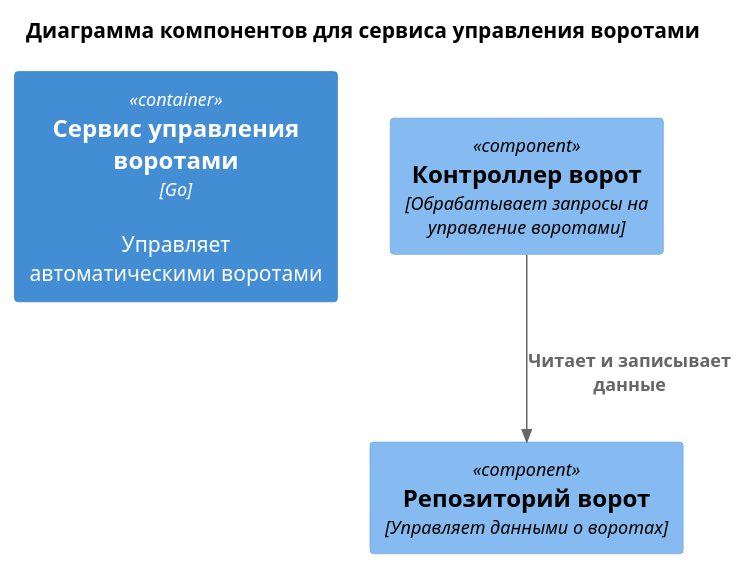
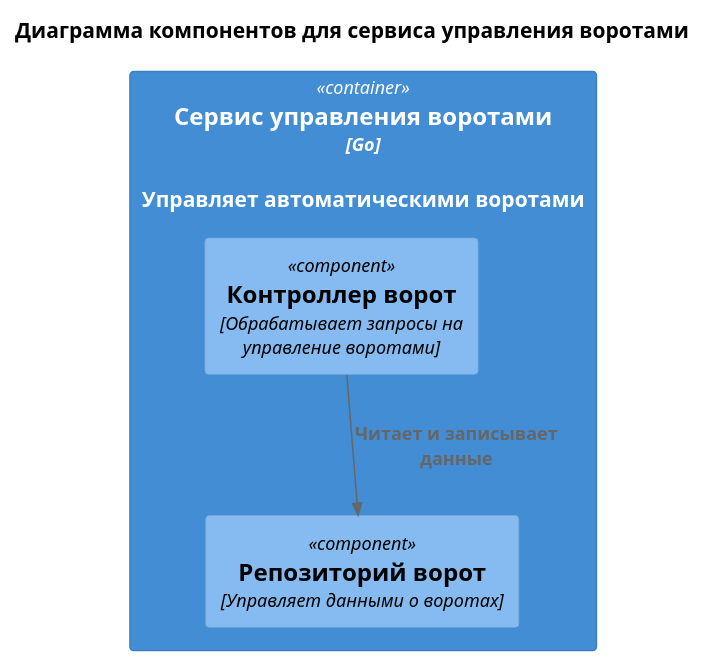
Before and after one commit to spinel/swa16: the diagram in diagrams/01/02_gate-controller.plantuml, drawn with PlantUML. The commit also changed 5 other files, not shown here.

Commit message:
diagrams

```diff
--- a/diagrams/01/02_gate-controller.plantuml
+++ b/diagrams/01/02_gate-controller.plantuml
@@ -1,13 +1,13 @@
 @startuml
 title Диаграмма компонентов для сервиса управления воротами
 
 !includeurl https://raw.githubusercontent.com/RicardoNiepel/C4-PlantUML/master/C4_Component.puml
 
-Container(gateService, "Сервис управления воротами", "Go", "Управляет автоматическими воротами")
-
-Component(gateController, "Контроллер ворот", "Обрабатывает запросы на управление воротами")
-Component(gateRepository, "Репозиторий ворот", "Управляет данными о воротах")
+Container(gateService, "Сервис управления воротами", "Go", "Управляет автоматическими воротами") {
+    Component(gateController, "Контроллер ворот", "Обрабатывает запросы на управление воротами")
+    Component(gateRepository, "Репозиторий ворот", "Управляет данными о воротах")
+}
 
 Rel(gateController, gateRepository, "Читает и записывает данные")
 
 @enduml
```
